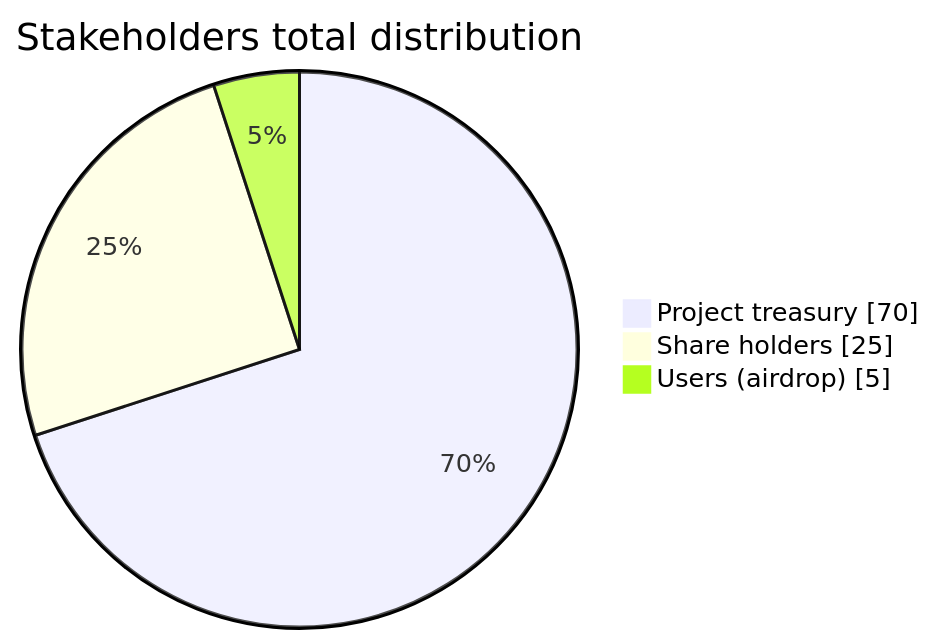
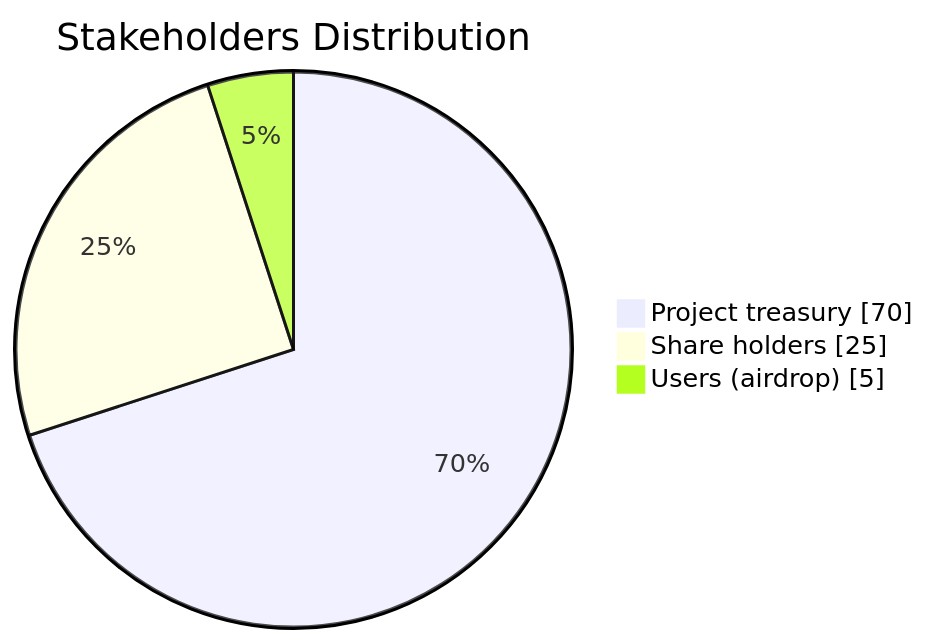
The fourth of 4 diagrams in README.md (cromatikap/ipal-contracts), drawn with Mermaid before and after one commit. The commit also changed other lines of this file, not shown here.

````diff
--- a/README.md
+++ b/README.md
@@ -46,7 +165,7 @@
 ```mermaid
 pie showData
-    title Stakeholders total distribution
+    title Stakeholders Distribution
     "Project treasury" : 70
     "Share holders" : 25
     "Users (airdrop)" : 5
 ```
````
